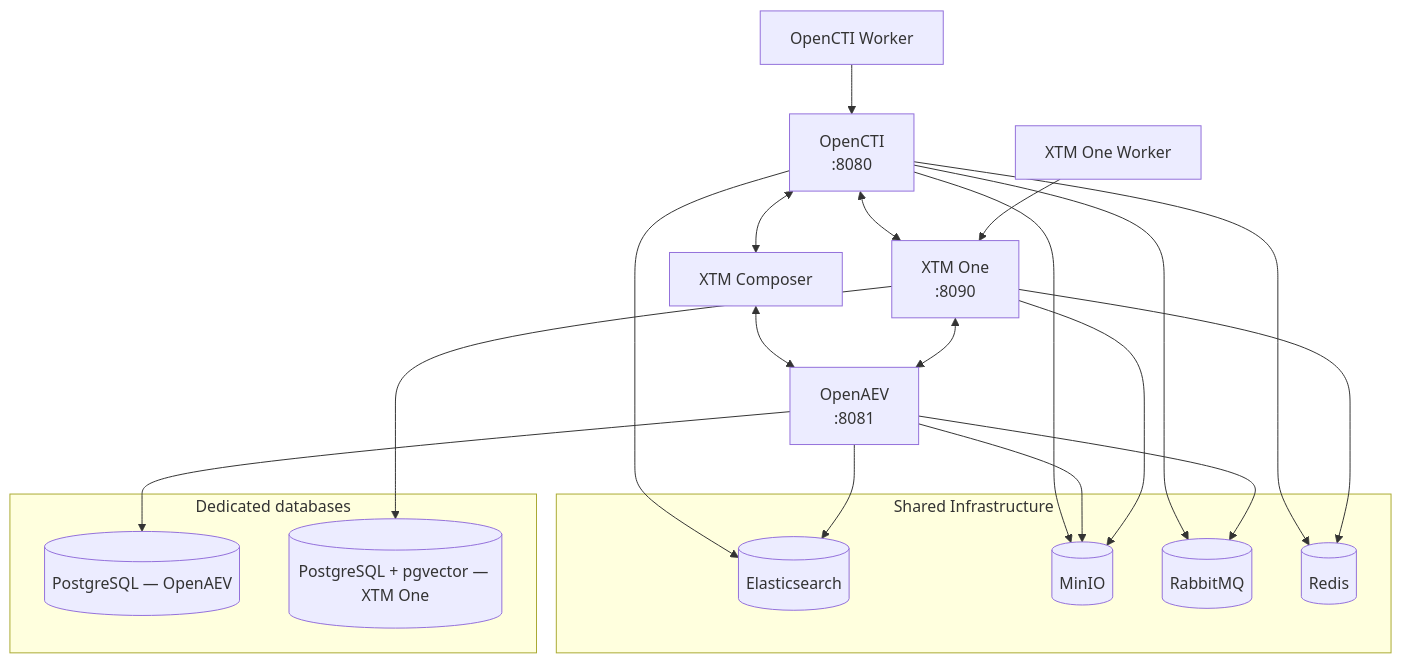
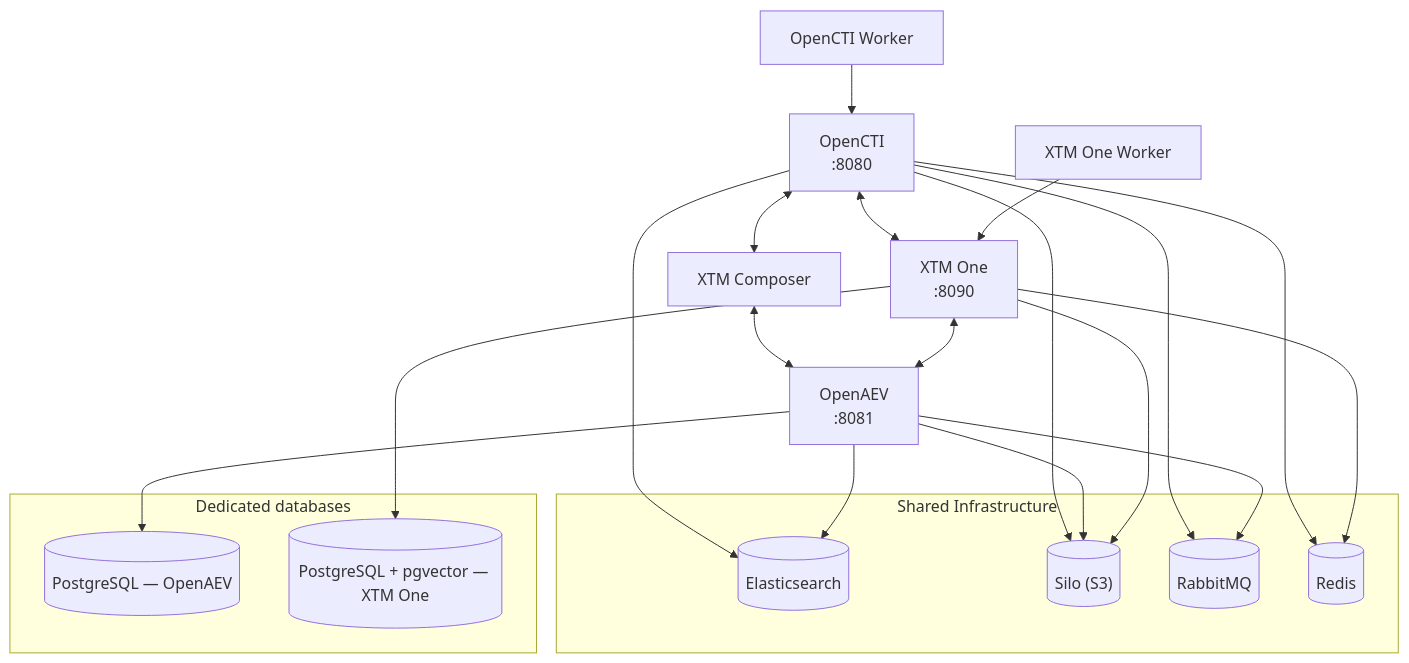
One commit to FiligranHQ/xtm-docker changed the diagram in README.md. Above: the diagram before and after it, drawn with Mermaid. The commit also changed other lines of this file and 2 other files, not shown here.

Commit message:
chore(compose): replace the MinIO image by pgsty/silo in the XTM suite stack (#43) (#44)
The minio/minio image can no longer be pulled from Docker Hub: the upstream
repository was archived on 24 April 2026 and Docker Hub has since removed the
minio/minio and minio/mc repositories (every tag answers 404), which breaks
every fresh deployment of this stack. Silo is the community-maintained fork of
the MinIO server, compatible with the S3 API, the MINIO_* variables, the
server command, the health route, the bundled mc client and the on-disk
format, so the shared minio service keeps its name, ports, credentials,
command and healthcheck. The README and .env.sample now name Silo as the
object storage of the stack. The latest tag is used to stay aligned with the
rest of the Filigran ecosystem.

````diff
--- a/README.md
+++ b/README.md
@@ -25,40 +25,40 @@
 ```mermaid
 graph TB
     OpenCTI["OpenCTI<br/>:8080"]
     OpenAEV["OpenAEV<br/>:8081"]
     XTMOne["XTM One<br/>:8090"]
     Composer["XTM Composer"]
     Worker["OpenCTI Worker"]
     XTMOneWorker["XTM One Worker"]
 
     OpenCTI <--> Composer
     Composer <--> OpenAEV
     OpenCTI <--> XTMOne
     XTMOne <--> OpenAEV
     Worker --> OpenCTI
     XTMOneWorker --> XTMOne
 
     subgraph Shared["Shared Infrastructure"]
         ES[("Elasticsearch")]
-        MinIO[("MinIO")]
+        Silo[("Silo (S3)")]
         RabbitMQ[("RabbitMQ")]
         Redis[("Redis")]
     end
 
     subgraph Stores["Dedicated databases"]
         PG[("PostgreSQL — OpenAEV")]
         PGV[("PostgreSQL + pgvector — XTM One")]
     end
 
     OpenCTI --> ES
-    OpenCTI --> MinIO
+    OpenCTI --> Silo
     OpenCTI --> RabbitMQ
     OpenCTI --> Redis
     OpenAEV --> ES
-    OpenAEV --> MinIO
+    OpenAEV --> Silo
     OpenAEV --> RabbitMQ
     OpenAEV --> PG
-    XTMOne --> MinIO
+    XTMOne --> Silo
     XTMOne --> Redis
     XTMOne --> PGV
 ```
````
